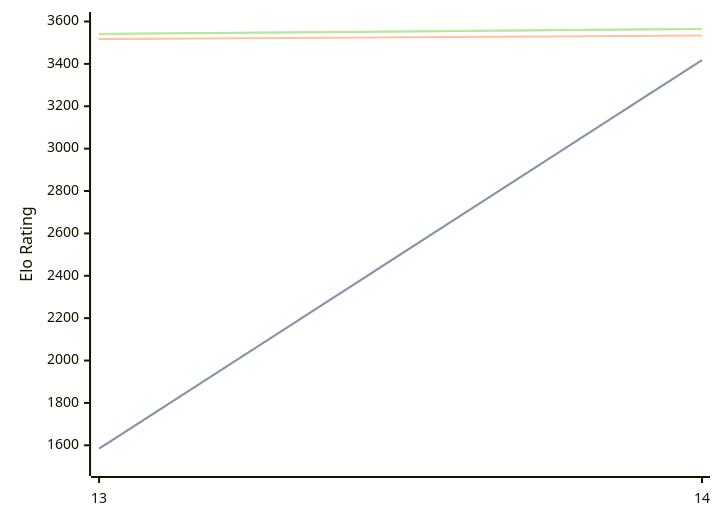
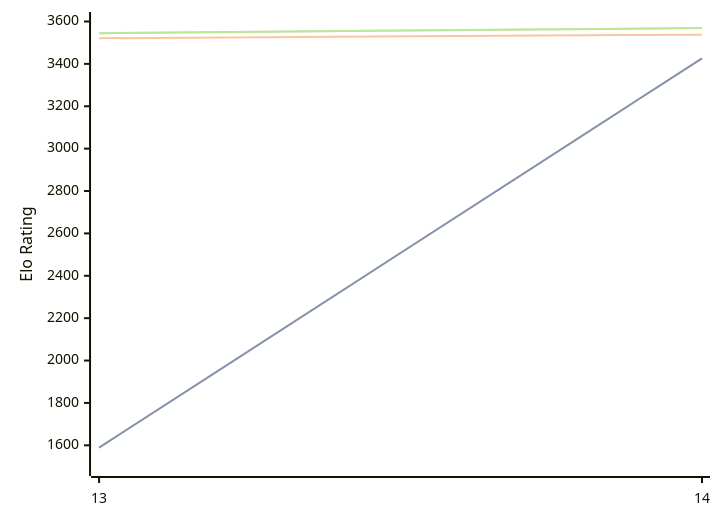
One commit to computer-chess-index/cci changed the diagram in engines/Berserk.md. Above: the diagram before and after it, drawn with Mermaid. The commit also changed other lines of this file, not shown here.

Commit message:
Update CCI Ratings (ELO VLTC) - 2026-08-18

````diff
--- a/engines/Berserk.md
+++ b/engines/Berserk.md
@@ -33,11 +33,11 @@
 ```mermaid
 %%{init: {"theme":"base","themeVariables":{"seriesColors:['#a3a3a3','#222221','#faa371']}}}%%
 xychart-beta
   x-axis ["13", "14"]
   y-axis "Elo Rating" 1500 --> 3600
-  line "STC (8.0+0.08s)" [1584, 3418]
-  line "STC (8.0+0.08s)" [1584, 3418]
-  line "LTC (60.0+0.60s)" [3517, 3534]
-  line "VLTC (2m24s+1.12s)" [3541, 3565]
-  line "VLTC (2m24s+1.12s)" [3541, 3565]
+  line "STC (8.0+0.08s)" [1589, 3426]
+  line "STC (8.0+0.08s)" [1589, 3426]
+  line "LTC (60.0+0.60s)" [3521, 3538]
+  line "VLTC (2m24s+1.12s)" [3545, 3569]
+  line "VLTC (2m24s+1.12s)" [3545, 3569]
 ```
````
